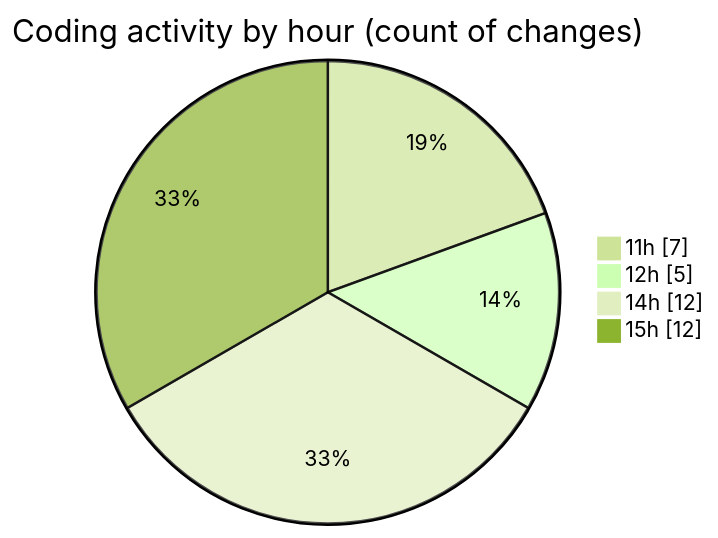
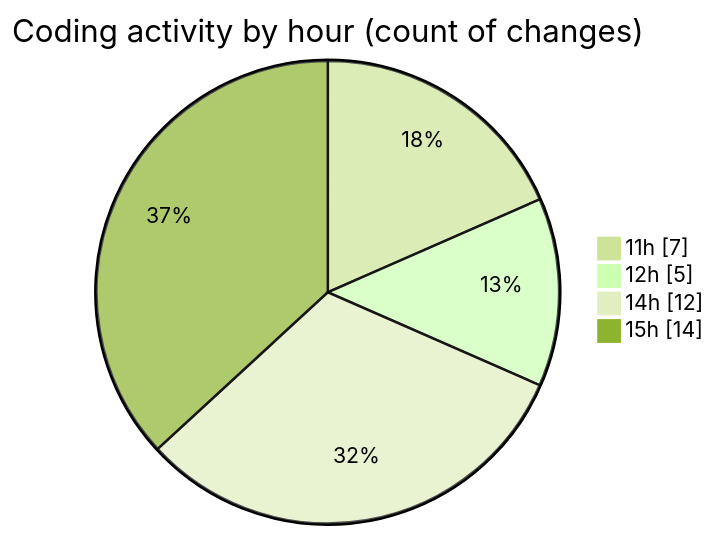
Before and after one commit to debugP/code-tracking: the second of 2 diagrams in 2025-10-22/untitled__workspace_/README.md, drawn with Mermaid (forest theme). The commit also changed other lines of this file and 1 other file, not shown here.

````diff
--- a/2025-10-22/untitled__workspace_/README.md
+++ b/2025-10-22/untitled__workspace_/README.md
@@ -30,8 +30,8 @@
 ```mermaid
 pie showData
 title Coding activity by hour (count of changes)
 "11h" : 7
 "12h" : 5
 "14h" : 12
-"15h" : 12
+"15h" : 14
 ```
````
